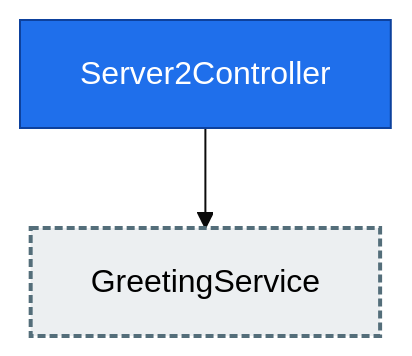
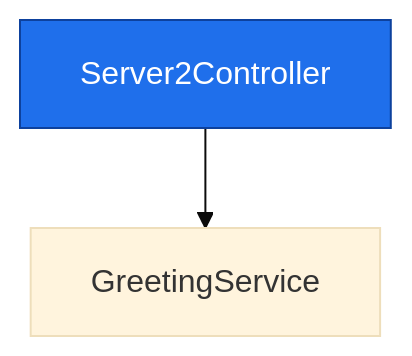
The diagram in apps/app-example/server2/design.md (deanhiller/webpieces-ts), drawn with Mermaid (base theme) before and after one commit. The commit also changed 15 other files, not shown here.

First line of the commit message:
Upgrade @webpieces 0.3.376 -> 0.4.392 (consume Phase 3 DI tooling); regenerate design graphs (#406)

````diff
--- a/apps/app-example/server2/design.md
+++ b/apps/app-example/server2/design.md
@@ -13,13 +13,13 @@
 ```mermaid
 graph TD
-    GreetingService["GreetingService"]:::many
+    GreetingService["GreetingService"]
     Server2Controller["Server2Controller"]:::controller
     Server2Controller --> GreetingService
     classDef controller fill:#1f6feb,color:#ffffff,stroke:#0d419d
     classDef apiImpl fill:#0d9488,color:#ffffff,stroke:#0f766e
     classDef component fill:#2da44e,color:#ffffff,stroke:#1a7f37
     classDef unresolved fill:#f0ad4e,color:#000000,stroke:#b8860b,stroke-dasharray: 5 5
     classDef external fill:#b39ddb,color:#000000,stroke:#5e35b1,stroke-width:3px
     classDef api fill:#4fc3f7,color:#000000,stroke:#0277bd,stroke-width:3px
     classDef many fill:#eceff1,color:#000000,stroke:#546e7a,stroke-width:2px,stroke-dasharray: 4 2
 ```
````
